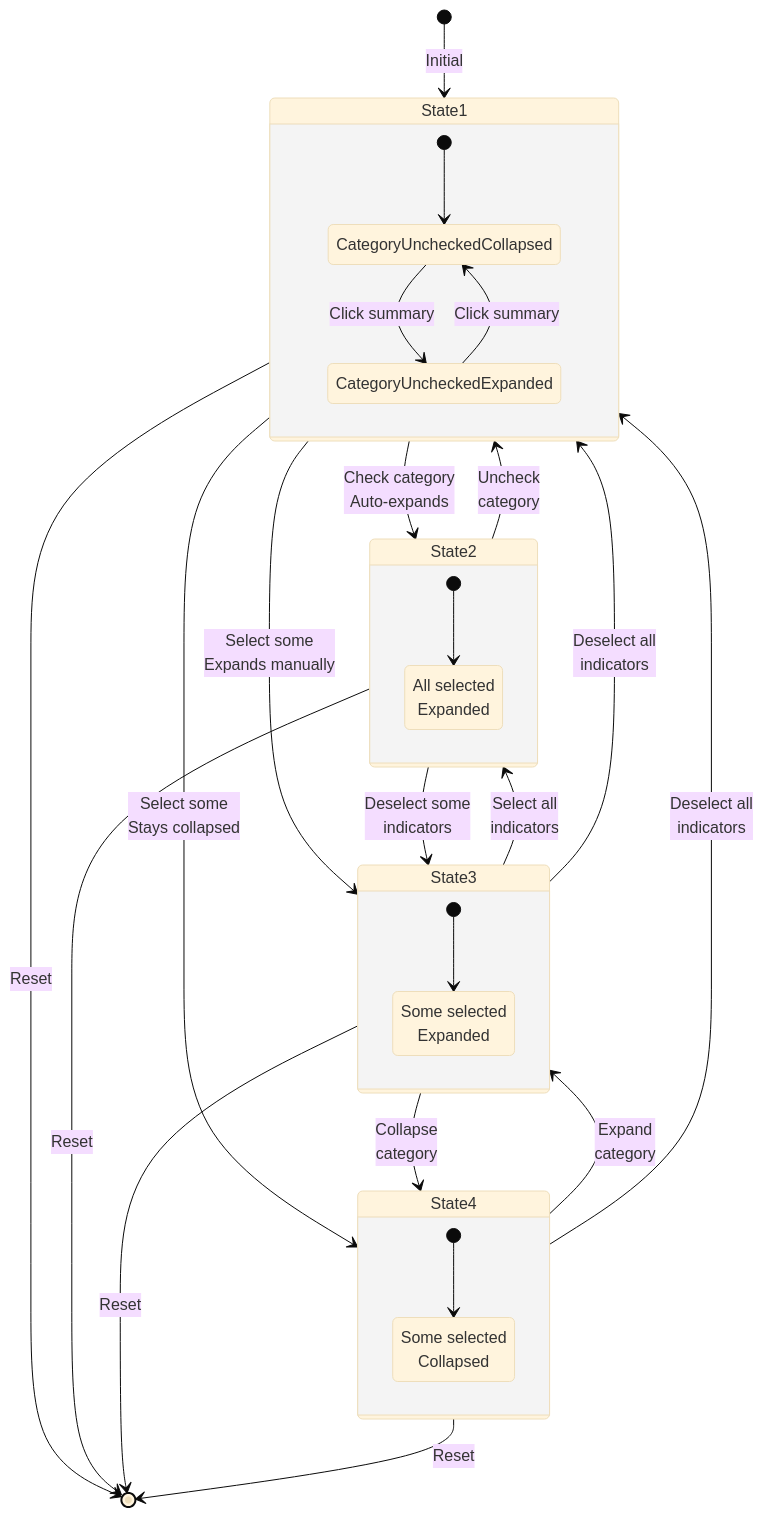
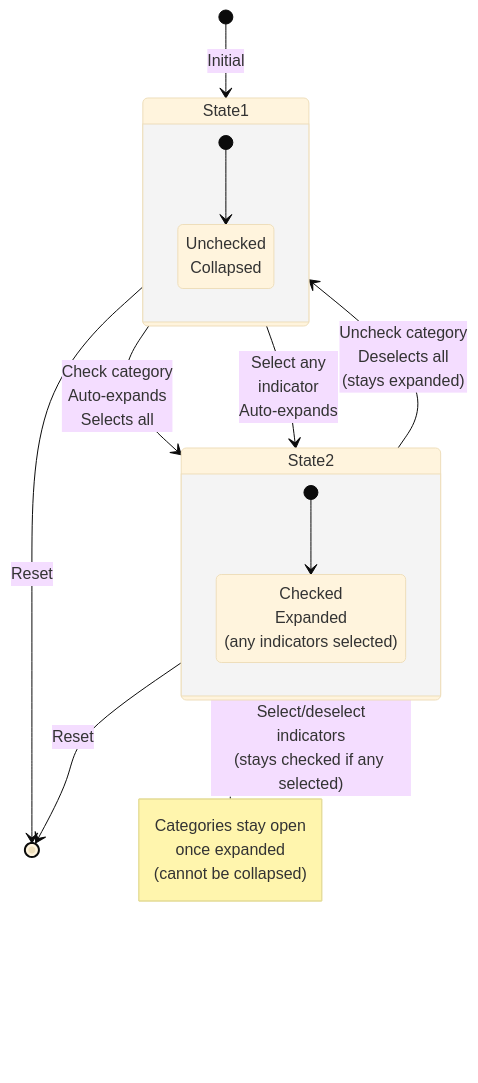
Before and after one commit to Public-Environmental-Data-Partners/j40-cejst-2: the fifth of 5 diagrams in client/src/components/LayerFilter/STATE_DIAGRAM.md, drawn with Mermaid (base theme). The commit also changed other lines of this file and 4 other files, not shown here.

First line of the commit message:
refactor(LayerFilter): remove indeterminate state and disable summary clicks

````diff
--- a/client/src/components/LayerFilter/STATE_DIAGRAM.md
+++ b/client/src/components/LayerFilter/STATE_DIAGRAM.md
@@ -75,44 +75,29 @@
 ```mermaid
 stateDiagram-v2
     [*] --> State1: Initial
     
     state State1 {
         [*] --> CategoryUncheckedCollapsed
-        CategoryUncheckedCollapsed --> CategoryUncheckedExpanded: Click summary
-        CategoryUncheckedExpanded --> CategoryUncheckedCollapsed: Click summary
+        CategoryUncheckedCollapsed: Unchecked<br/>Collapsed
     }
     
     state State2 {
         [*] --> CategoryCheckedExpanded
-        CategoryCheckedExpanded: All selected<br/>Expanded
+        CategoryCheckedExpanded: Checked<br/>Expanded<br/>(any indicators selected)
     }
     
-    state State3 {
-        [*] --> CategoryIndeterminateExpanded
-        CategoryIndeterminateExpanded: Some selected<br/>Expanded
-    }
+    State1 --> State2: Check category<br/>Auto-expands<br/>Selects all
+    State1 --> State2: Select any<br/>indicator<br/>Auto-expands
     
-    state State4 {
-        [*] --> CategoryIndeterminateCollapsed
-        CategoryIndeterminateCollapsed: Some selected<br/>Collapsed
-    }
-    
-    State1 --> State2: Check category<br/>Auto-expands
-    State1 --> State3: Select some<br/>Expands manually
-    State1 --> State4: Select some<br/>Stays collapsed
-    
-    State2 --> State3: Deselect some<br/>indicators
-    State2 --> State1: Uncheck<br/>category
-    
-    State3 --> State2: Select all<br/>indicators
-    State3 --> State1: Deselect all<br/>indicators
-    State3 --> State4: Collapse<br/>category
-    
-    State4 --> State3: Expand<br/>category
-    State4 --> State1: Deselect all<br/>indicators
+    State2 --> State2: Select/deselect<br/>indicators<br/>(stays checked if any selected)
+    State2 --> State1: Uncheck category<br/>Deselects all<br/>(stays expanded)
     
     State1 --> [*]: Reset
     State2 --> [*]: Reset
-    State3 --> [*]: Reset
-    State4 --> [*]: Reset
+    
+    note right of State2
+        Categories stay open
+        once expanded
+        (cannot be collapsed)
+    end note
 ```
````
